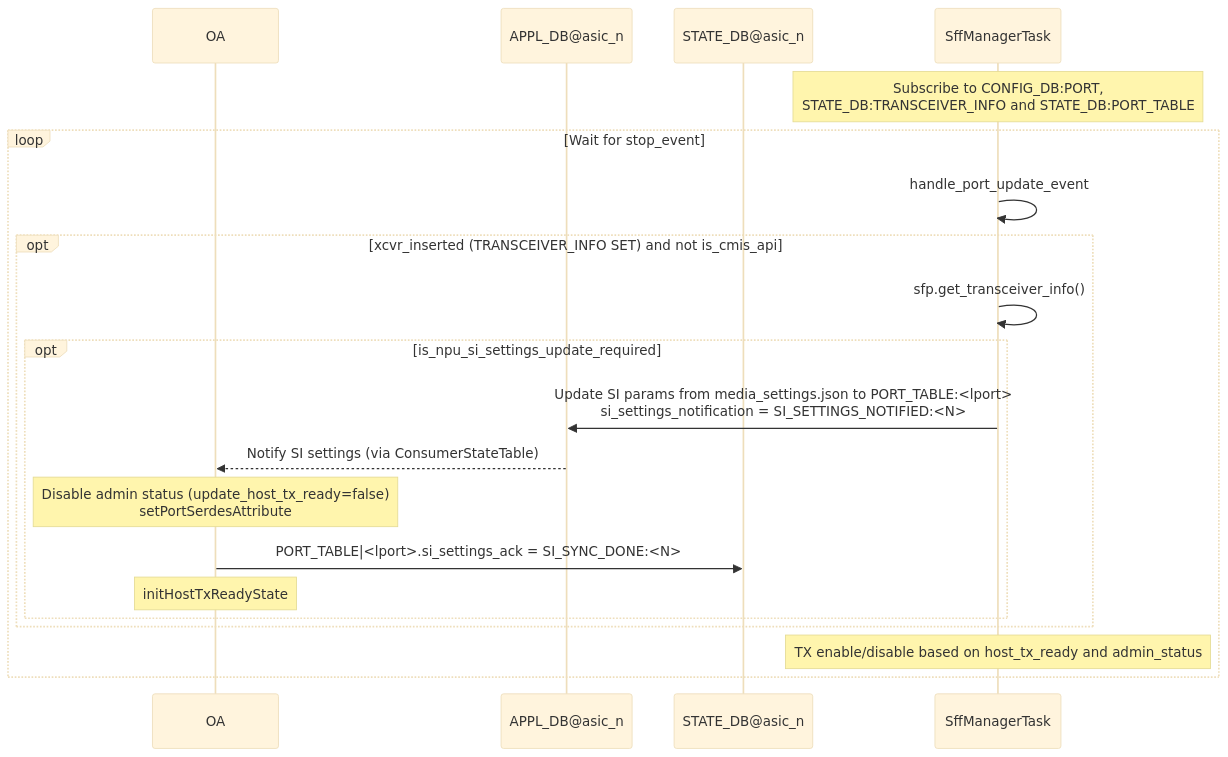
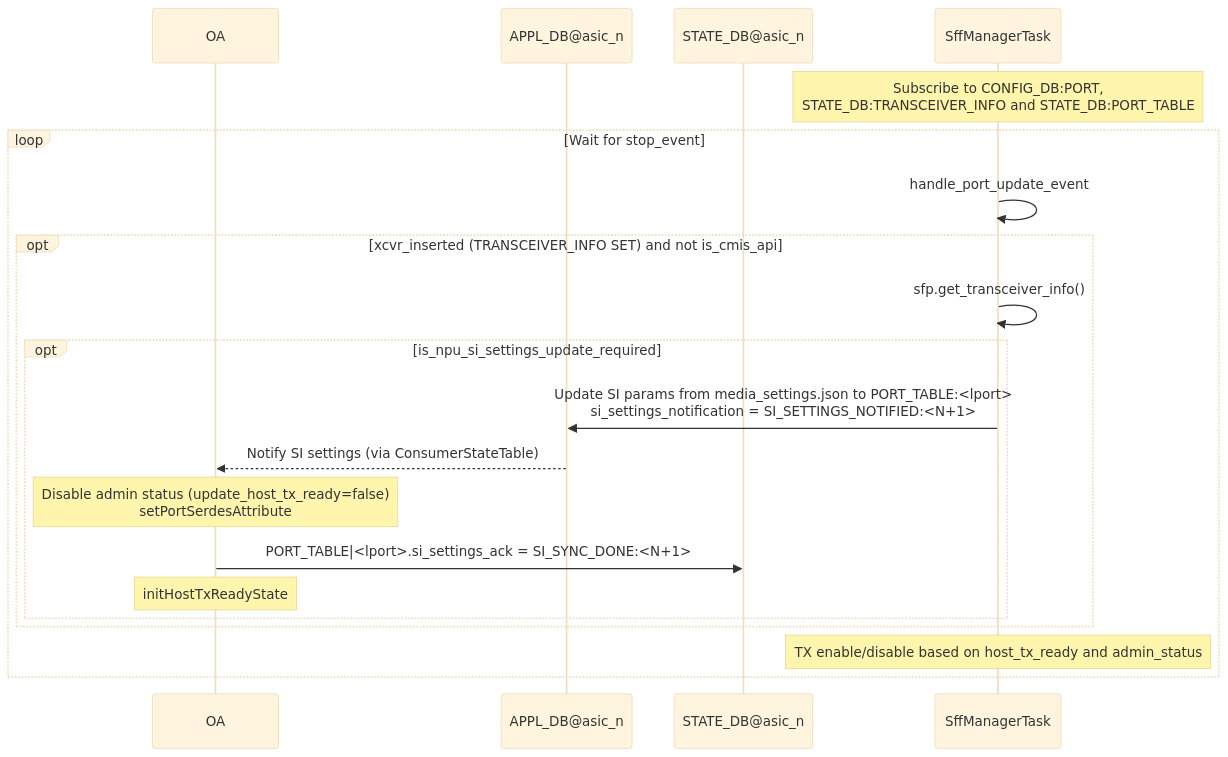
One commit to sonic-net/SONiC changed the third of 6 diagrams in doc/sfp-cmis/Interface-Link-bring-up-sequence.md. Above: the diagram before and after it, drawn with Mermaid (base theme). The commit also changed other lines of this file, not shown here.

````diff
--- a/doc/sfp-cmis/Interface-Link-bring-up-sequence.md
+++ b/doc/sfp-cmis/Interface-Link-bring-up-sequence.md
@@ -349,23 +349,23 @@
 ```mermaid
 sequenceDiagram
     participant OA
     participant APPL_DB as APPL_DB@asic_n
     participant STATE_DB as STATE_DB@asic_n
     participant SffManagerTask
 
     Note over SffManagerTask: Subscribe to CONFIG_DB:PORT,<br>STATE_DB:TRANSCEIVER_INFO and STATE_DB:PORT_TABLE
     loop Wait for stop_event
         SffManagerTask ->> SffManagerTask: handle_port_update_event
         opt xcvr_inserted (TRANSCEIVER_INFO SET) and not is_cmis_api
             SffManagerTask ->> SffManagerTask: sfp.get_transceiver_info()
             opt is_npu_si_settings_update_required
-                SffManagerTask ->> APPL_DB: Update SI params from media_settings.json to PORT_TABLE:<lport><br>si_settings_notification = SI_SETTINGS_NOTIFIED:<N>
+                SffManagerTask ->> APPL_DB: Update SI params from media_settings.json to PORT_TABLE:<lport><br>si_settings_notification = SI_SETTINGS_NOTIFIED:<N+1>
                 APPL_DB -->> OA: Notify SI settings (via ConsumerStateTable)
                 Note over OA: Disable admin status (update_host_tx_ready=false)<br>setPortSerdesAttribute
-                OA ->> STATE_DB: PORT_TABLE|<lport>.si_settings_ack = SI_SYNC_DONE:<N>
+                OA ->> STATE_DB: PORT_TABLE|<lport>.si_settings_ack = SI_SYNC_DONE:<N+1>
                 Note over OA: initHostTxReadyState
             end
         end
         Note over SffManagerTask: TX enable/disable based on host_tx_ready and admin_status
     end
 ```
````
